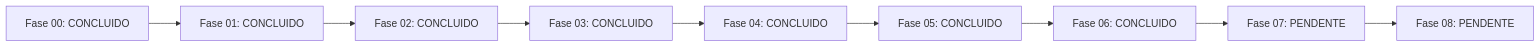
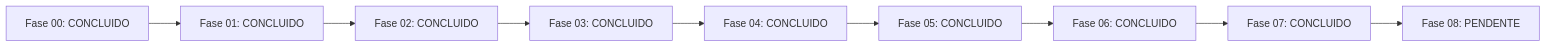
One commit to jhsfhtls/dbt-dataops-governance-engine changed the diagram in JORNADA_IMPLEMENTACAO.md. Above: the diagram before and after it, drawn with Mermaid. The commit also changed other lines of this file and 12 other files, not shown here.

````diff
--- a/JORNADA_IMPLEMENTACAO.md
+++ b/JORNADA_IMPLEMENTACAO.md
@@ -24,20 +24,20 @@
 ```mermaid
 flowchart LR
     P00["Fase 00: CONCLUIDO"]
     P01["Fase 01: CONCLUIDO"]
     P02["Fase 02: CONCLUIDO"]
     P03["Fase 03: CONCLUIDO"]
     P04["Fase 04: CONCLUIDO"]
     P05["Fase 05: CONCLUIDO"]
     P06["Fase 06: CONCLUIDO"]
-    P07["Fase 07: PENDENTE"]
+    P07["Fase 07: CONCLUIDO"]
     P08["Fase 08: PENDENTE"]
     P00 --> P01
     P01 --> P02
     P02 --> P03
     P03 --> P04
     P04 --> P05
     P05 --> P06
     P06 --> P07
     P07 --> P08
 ```
````
